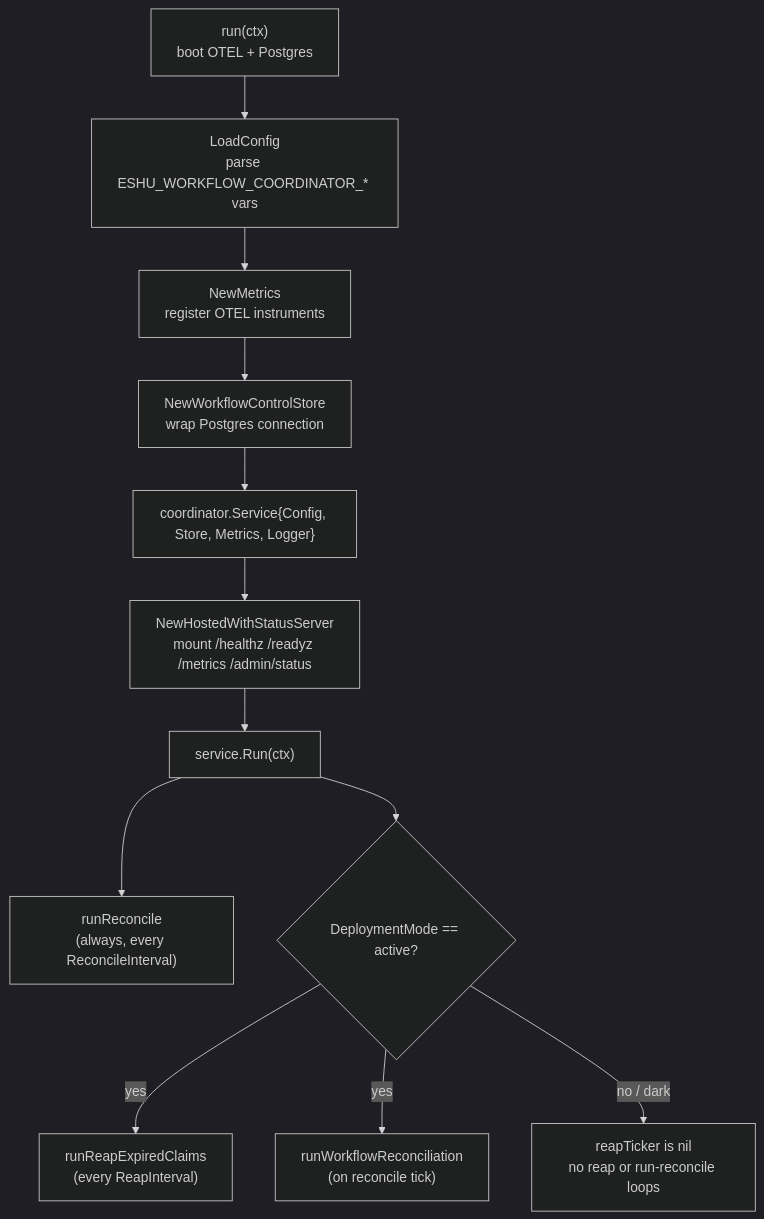
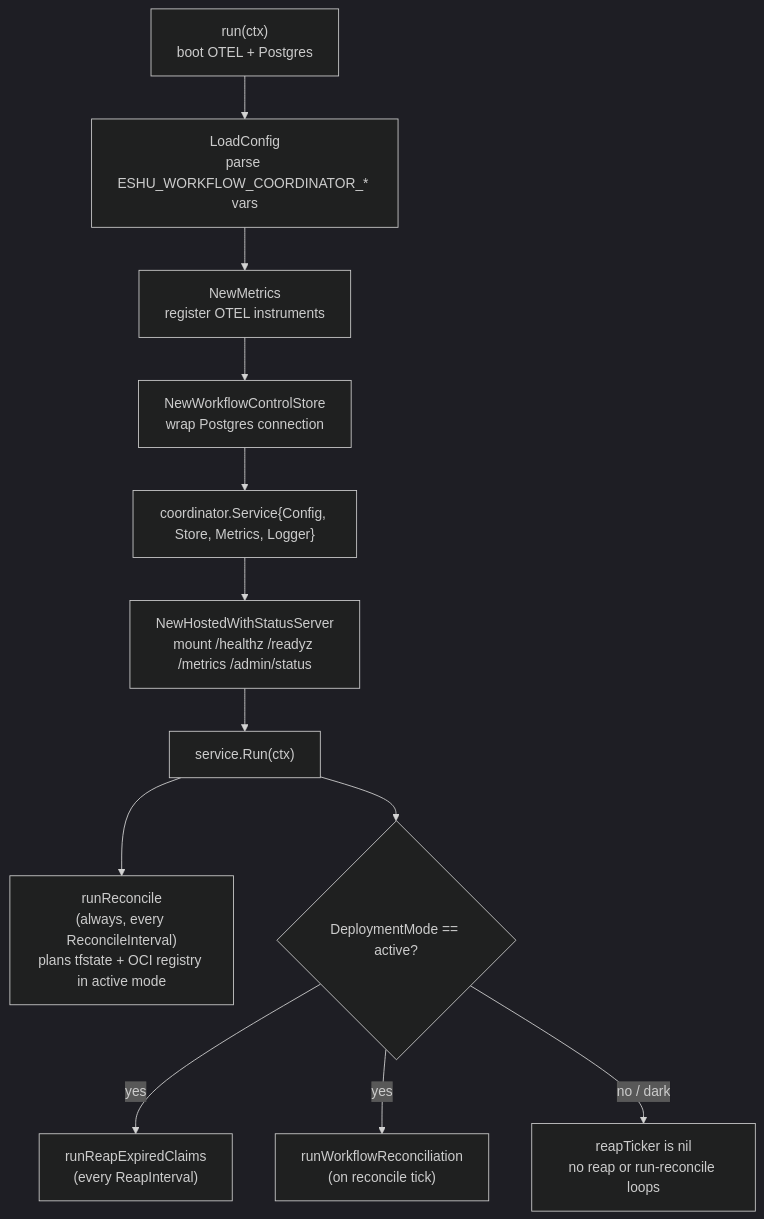
One commit to eshu-hq/eshu changed the second of 2 diagrams in go/cmd/workflow-coordinator/README.md. Above: the diagram before and after it, drawn with Mermaid (dark theme). The commit also changed other lines of this file and 28 other files, not shown here.

Commit message:
Add OCI registry claim runtime

````diff
--- a/go/cmd/workflow-coordinator/README.md
+++ b/go/cmd/workflow-coordinator/README.md
@@ -28,14 +28,14 @@
 ```mermaid
 flowchart TB
   A["run(ctx)\nboot OTEL + Postgres"] --> B["LoadConfig\nparse ESHU_WORKFLOW_COORDINATOR_* vars"]
   B --> C["NewMetrics\nregister OTEL instruments"]
   C --> D["NewWorkflowControlStore\nwrap Postgres connection"]
   D --> E["coordinator.Service{Config, Store, Metrics, Logger}"]
   E --> F["NewHostedWithStatusServer\nmount /healthz /readyz /metrics /admin/status"]
   F --> G["service.Run(ctx)"]
-  G --> H["runReconcile\n(always, every ReconcileInterval)"]
+  G --> H["runReconcile\n(always, every ReconcileInterval)\nplans tfstate + OCI registry in active mode"]
   G --> I{"DeploymentMode == active?"}
   I -- yes --> J["runReapExpiredClaims\n(every ReapInterval)"]
   I -- yes --> K["runWorkflowReconciliation\n(on reconcile tick)"]
   I -- no / dark --> L["reapTicker is nil\nno reap or run-reconcile loops"]
 ```
````
